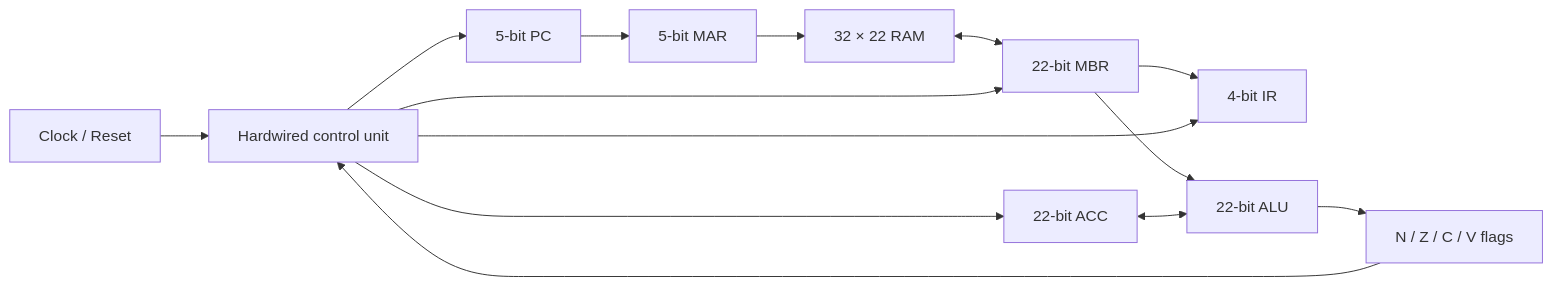
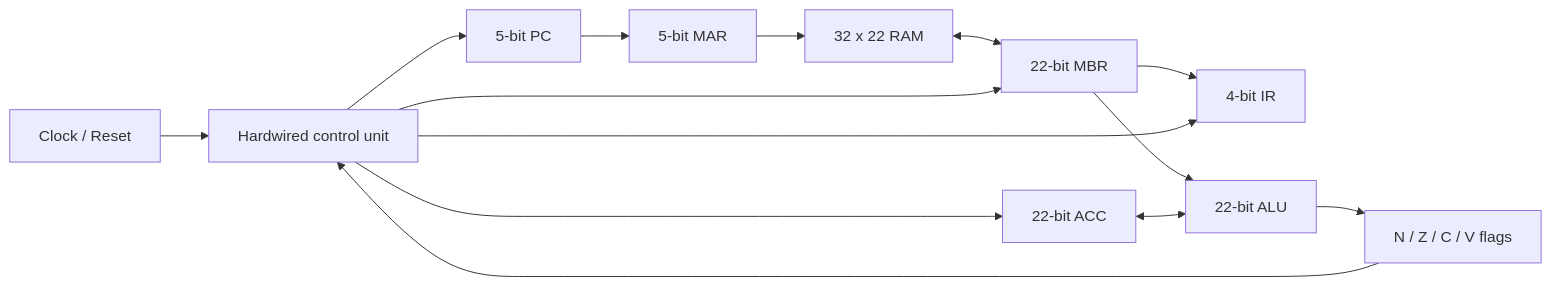
One commit to khalid999devs/simple_22-bit-computer changed the diagram in README.md. Above: the diagram before and after it, drawn with Mermaid. The commit also changed other lines of this file, not shown here.

````diff
--- a/README.md
+++ b/README.md
@@ -30,16 +30,16 @@
 ```mermaid
 flowchart LR
     CLK[Clock / Reset] --> CU[Hardwired control unit]
     CU --> PC[5-bit PC]
     PC --> MAR[5-bit MAR]
-    MAR --> RAM[32 × 22 RAM]
+    MAR --> RAM[32 x 22 RAM]
     RAM <--> MBR[22-bit MBR]
     MBR --> IR[4-bit IR]
     MBR --> ALU[22-bit ALU]
     ACC[22-bit ACC] <--> ALU
     ALU --> FLAGS[N / Z / C / V flags]
     FLAGS --> CU
     CU --> MBR
     CU --> IR
     CU --> ACC
 ```
````
